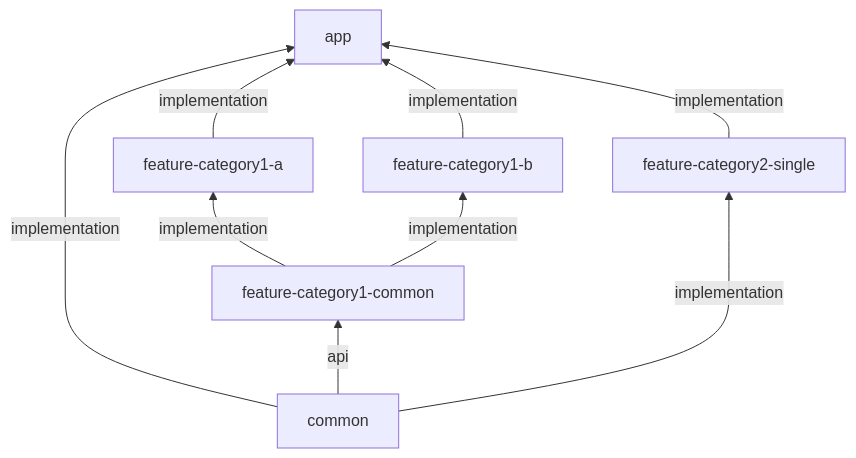
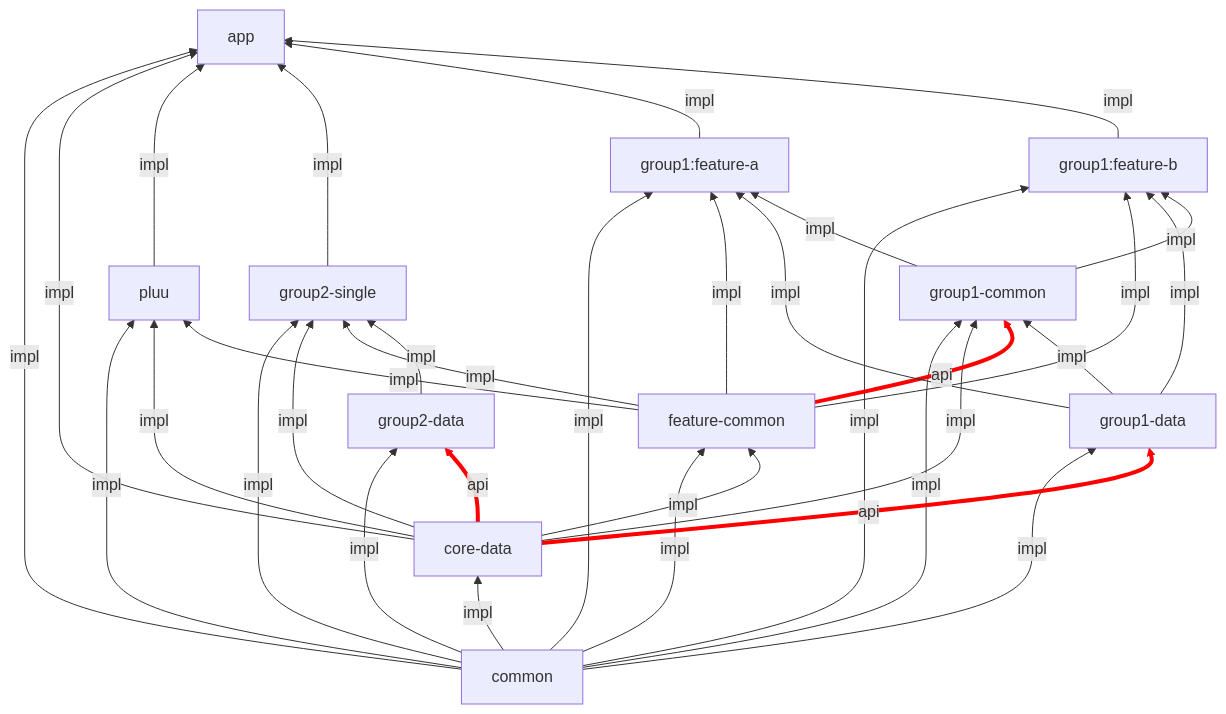
Before and after one commit to Pluu/ModuleDependencyCheckSample: the diagram in README.md, drawn with Mermaid.

Commit message:
Update module graph

````diff
--- a/README.md
+++ b/README.md
@@ -1,12 +1,44 @@
 ```mermaid
-  graph BT;
-      common--implementation-->app;
-      feature-category1-a--implementation-->app;
-      feature-category1-b--implementation-->app;
-      feature-category2-single--implementation-->app;
-      feature-category1-common--implementation-->feature-category1-a;
-      feature-category1-common--implementation-->feature-category1-b;
-      common--api-->feature-category1-common;
-      common--implementation-->feature-category2-single;
+graph BT;
+common--impl-->app;
+common--impl-->core-data;
+common--impl-->feature-common;
+common--impl-->pluu;
+common--impl-->group1-data;
+common--impl-->group1-common;
+common--impl-->group1:feature-a;
+common--impl-->group1:feature-b;
+common--impl-->group2-data;
+common--impl-->group2-single;
 
+core-data--impl-->app;
+core-data--impl-->feature-common;
+core-data--impl-->pluu;
+core-data--api-->group1-data;
+core-data--impl-->group1-common;
+core-data--api-->group2-data;
+core-data--impl-->group2-single;
+
+feature-common--impl-->pluu;        
+feature-common--api-->group1-common;
+feature-common--impl-->group1:feature-a;
+feature-common--impl-->group1:feature-b;
+feature-common--impl-->group2-single;   
+
+group1-data--impl-->group1-common;
+group1-data--impl-->group1:feature-a;
+group1-data--impl-->group1:feature-b;
+
+group1-common--impl-->group1:feature-a;
+group1-common--impl-->group1:feature-b;      
+
+pluu--impl-->app;     
+group2-data--impl-->group2-single;           
+group2-single--impl-->app;
+group1:feature-a--impl-->app;
+group1:feature-b--impl-->app;     
+      
+linkStyle 13 stroke-width:4px,stroke:red
+linkStyle 15 stroke-width:4px,stroke:red
+linkStyle 18 stroke-width:4px,stroke:red
 ```
````
